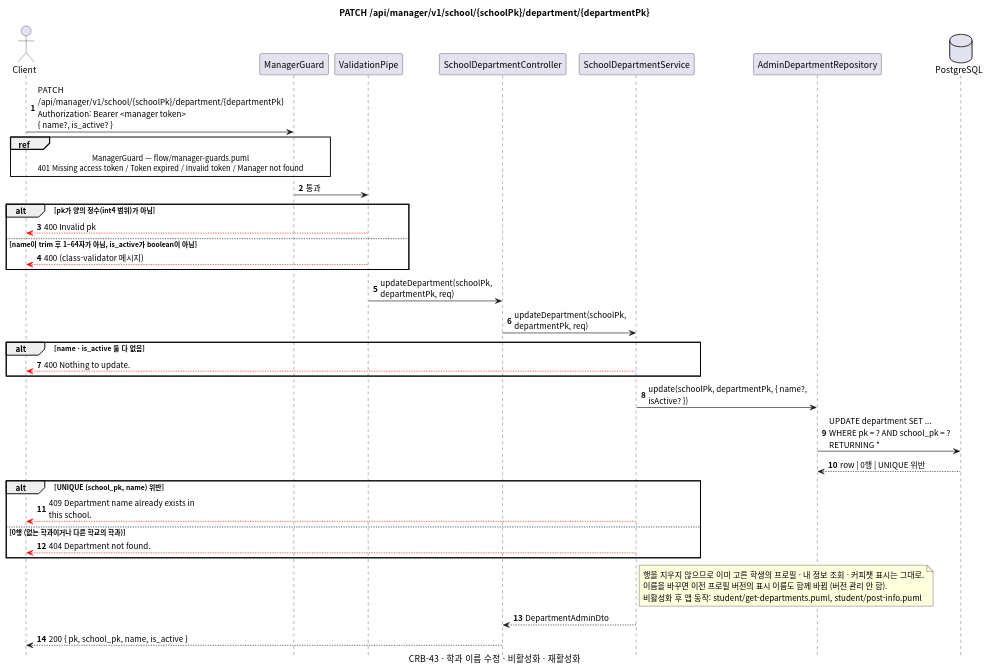
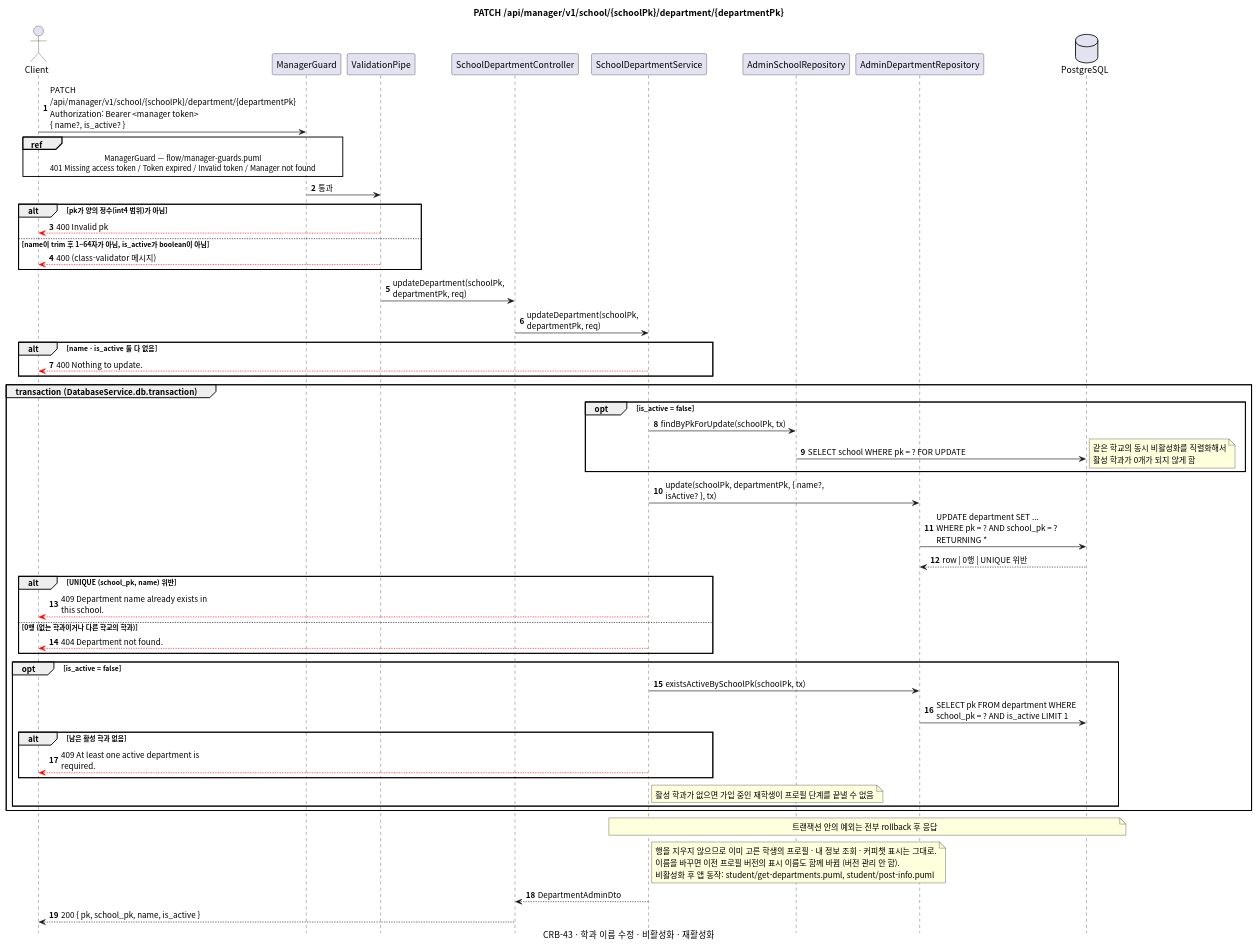
One commit to gsainfoteam/cheers-be changed the diagram in docs/sequence/manager/patch-school-pk-department-pk.puml. Above: the diagram before and after it, drawn with PlantUML. The commit also changed 14 other files, not shown here.

Commit message:
- bug: serialize domain removal with verification and keep one active department (CRB-43)

```diff
--- a/docs/sequence/manager/patch-school-pk-department-pk.puml
+++ b/docs/sequence/manager/patch-school-pk-department-pk.puml
@@ -1,51 +1,68 @@
 @startuml patch-manager-school-pk-department-pk
 skinparam defaultFontName "Apple SD Gothic Neo", "Noto Sans CJK KR", sans-serif
 skinparam responseMessageBelowArrow true
 skinparam sequenceMessageAlign left
 skinparam maxMessageSize 260
 skinparam BoxPadding 8
 skinparam shadowing false
 autonumber
 hide footbox
 
 title PATCH /api/manager/v1/school/{schoolPk}/department/{departmentPk}
 caption CRB-43 · 학과 이름 수정 · 비활성화 · 재활성화
 
 actor Client
 participant "ManagerGuard" as Guard
 participant "ValidationPipe" as Pipe
 participant "SchoolDepartmentController" as Controller
 participant "SchoolDepartmentService" as Service
+participant "AdminSchoolRepository" as SchoolRepository
 participant "AdminDepartmentRepository" as DepartmentRepository
 database PostgreSQL
 
 Client -> Guard: PATCH /api/manager/v1/school/{schoolPk}/department/{departmentPk}\nAuthorization: Bearer <manager token>\n{ name?, is_active? }
 ref over Client, Guard: ManagerGuard — flow/manager-guards.puml\n401 Missing access token / Token expired / Invalid token / Manager not found
 Guard -> Pipe: 통과
 alt pk가 양의 정수(int4 범위)가 아님
   Pipe -[#red]-> Client: 400 Invalid pk
 else name이 trim 후 1~64자가 아님, is_active가 boolean이 아님
   Pipe -[#red]-> Client: 400 (class-validator 메시지)
 end
 Pipe -> Controller: updateDepartment(schoolPk, departmentPk, req)
 Controller -> Service: updateDepartment(schoolPk, departmentPk, req)
 alt name · is_active 둘 다 없음
   Service -[#red]-> Client: 400 Nothing to update.
 end
-Service -> DepartmentRepository: update(schoolPk, departmentPk, { name?, isActive? })
-DepartmentRepository -> PostgreSQL: UPDATE department SET ...\nWHERE pk = ? AND school_pk = ? RETURNING *
-PostgreSQL --> DepartmentRepository: row | 0행 | UNIQUE 위반
-alt UNIQUE (school_pk, name) 위반
-  Service -[#red]-> Client: 409 Department name already exists in this school.
-else 0행 (없는 학과이거나 다른 학교의 학과)
-  Service -[#red]-> Client: 404 Department not found.
+group transaction (DatabaseService.db.transaction)
+  opt is_active = false
+    Service -> SchoolRepository: findByPkForUpdate(schoolPk, tx)
+    SchoolRepository -> PostgreSQL: SELECT school WHERE pk = ? FOR UPDATE
+    note right: 같은 학교의 동시 비활성화를 직렬화해서\n활성 학과가 0개가 되지 않게 함
+  end
+  Service -> DepartmentRepository: update(schoolPk, departmentPk, { name?, isActive? }, tx)
+  DepartmentRepository -> PostgreSQL: UPDATE department SET ...\nWHERE pk = ? AND school_pk = ? RETURNING *
+  PostgreSQL --> DepartmentRepository: row | 0행 | UNIQUE 위반
+  alt UNIQUE (school_pk, name) 위반
+    Service -[#red]-> Client: 409 Department name already exists in this school.
+  else 0행 (없는 학과이거나 다른 학교의 학과)
+    Service -[#red]-> Client: 404 Department not found.
+  end
+  opt is_active = false
+    Service -> DepartmentRepository: existsActiveBySchoolPk(schoolPk, tx)
+    DepartmentRepository -> PostgreSQL: SELECT pk FROM department WHERE school_pk = ? AND is_active LIMIT 1
+    alt 남은 활성 학과 없음
+      Service -[#red]-> Client: 409 At least one active department is required.
+    end
+    note right of Service: 활성 학과가 없으면 가입 중인 재학생이 프로필 단계를 끝낼 수 없음
+  end
 end
+note over Service, PostgreSQL: 트랜잭션 안의 예외는 전부 rollback 후 응답
 note right of Service
   행을 지우지 않으므로 이미 고른 학생의 프로필 · 내 정보 조회 · 커피챗 표시는 그대로.
   이름을 바꾸면 이전 프로필 버전의 표시 이름도 함께 바뀜 (버전 관리 안 함).
   비활성화 후 앱 동작: student/get-departments.puml, student/post-info.puml
 end note
 Service --> Controller: DepartmentAdminDto
 Controller --> Client: 200 { pk, school_pk, name, is_active }
 
 @enduml
```
